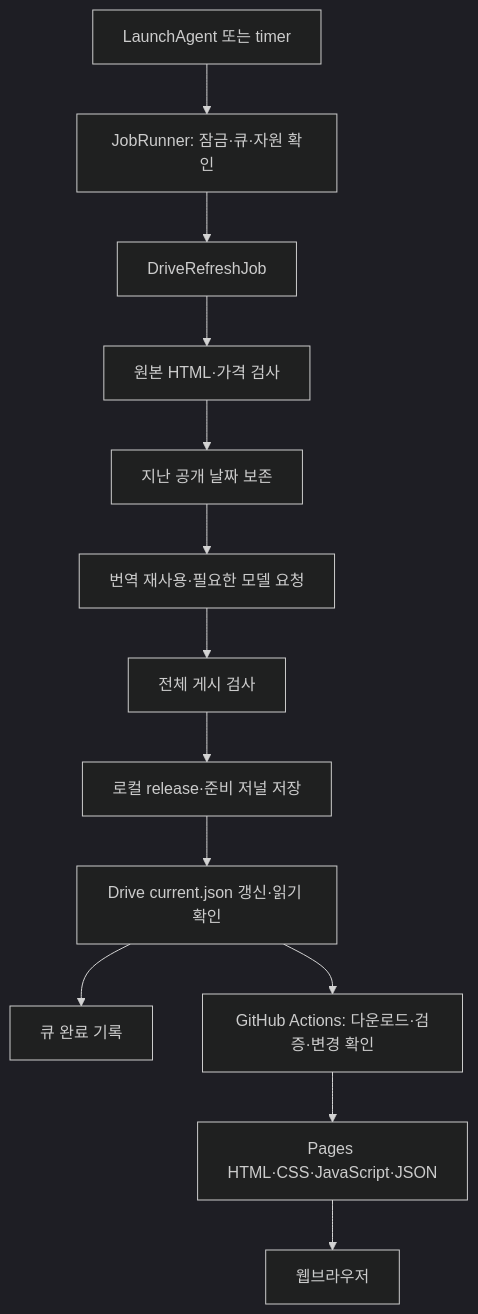
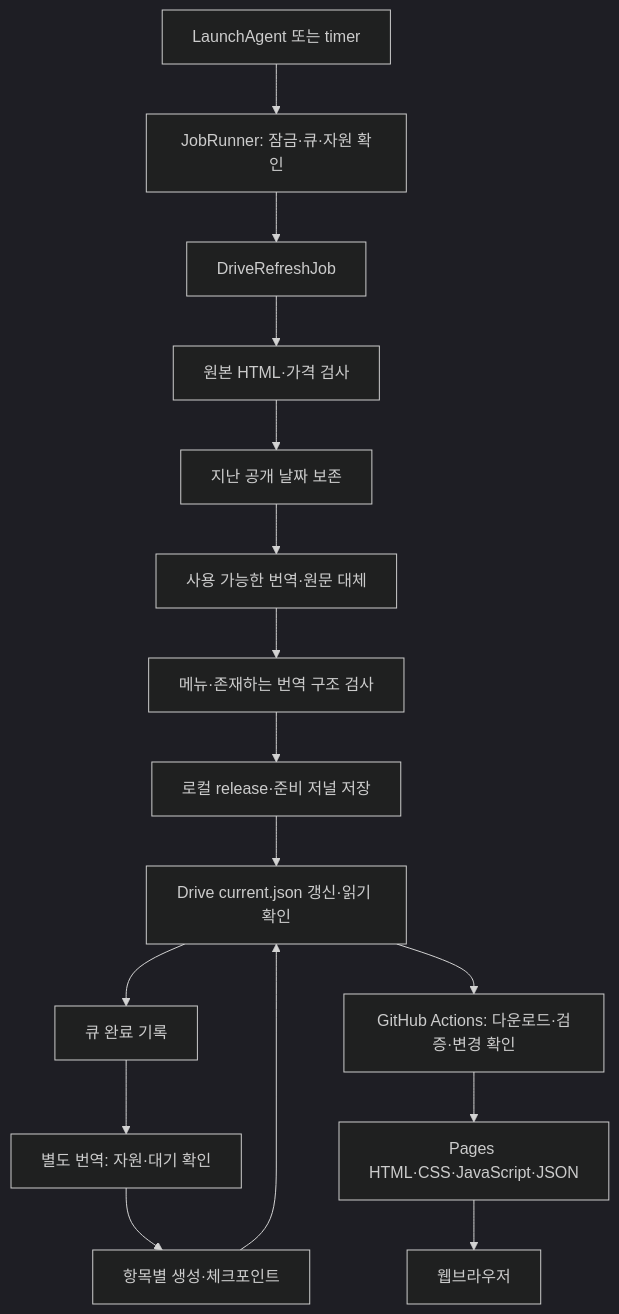
One commit to garlicvread/2026_KIST_EU_accelerating_MENSA_menu_lookup changed the diagram in docs/architecture.md. Above: the diagram before and after it, drawn with Mermaid (dark theme). The commit also changed other lines of this file and 53 other files, not shown here.

````diff
--- a/docs/architecture.md
+++ b/docs/architecture.md
@@ -29,15 +31,18 @@
 ```mermaid
 flowchart TD
   Timer[LaunchAgent 또는 timer] --> Runner[JobRunner: 잠금·큐·자원 확인]
   Runner --> DriveJob[DriveRefreshJob]
   DriveJob --> Source[원본 HTML·가격 검사]
   Source --> Retain[지난 공개 날짜 보존]
-  Retain --> Translate[번역 재사용·필요한 모델 요청]
-  Translate --> Validate[전체 게시 검사]
+  Retain --> Available[사용 가능한 번역·원문 대체]
+  Available --> Validate[메뉴·존재하는 번역 구조 검사]
   Validate --> Local[로컬 release·준비 저널 저장]
   Local --> Drive[Drive current.json 갱신·읽기 확인]
   Drive --> Complete[큐 완료 기록]
+  Complete --> Translation[별도 번역: 자원·대기 확인]
+  Translation --> Improved[항목별 생성·체크포인트]
+  Improved --> Drive
   Drive --> Actions[GitHub Actions: 다운로드·검증·변경 확인]
   Actions --> Pages[Pages HTML·CSS·JavaScript·JSON]
   Pages --> Browser[웹브라우저]
 ```
````
